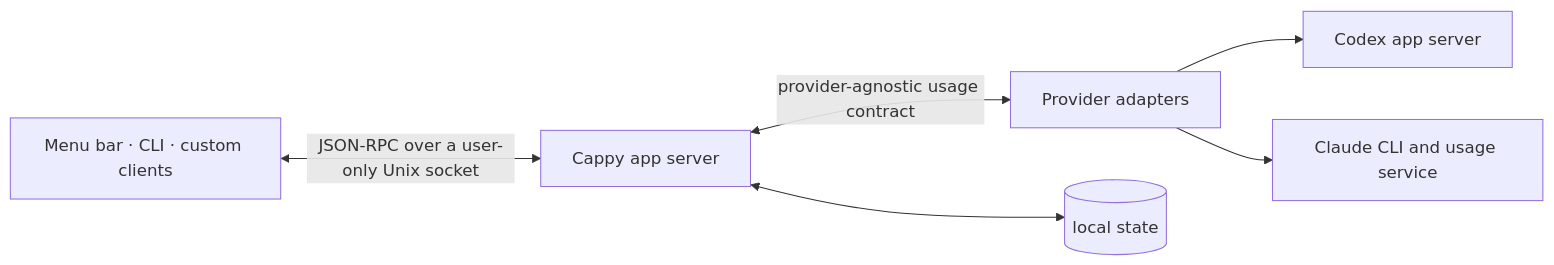
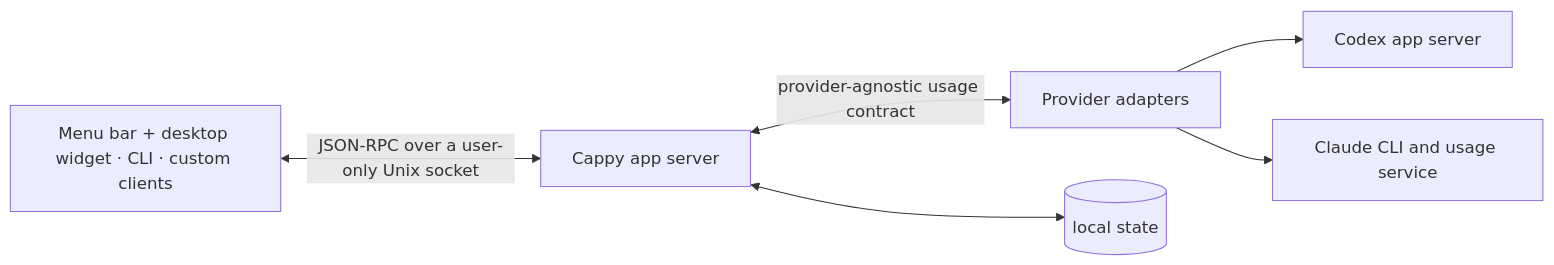
One commit to joetam/cappy changed the diagram in README.md. Above: the diagram before and after it, drawn with Mermaid. The commit also changed other lines of this file and 5 other files, not shown here.

Commit message:
Add detachable desktop usage widget

````diff
--- a/README.md
+++ b/README.md
@@ -69,8 +75,8 @@
 ```mermaid
 flowchart LR
-    UI["Menu bar · CLI · custom clients"] <-->|"JSON-RPC over a user-only Unix socket"| SERVER["Cappy app server"]
+    UI["Menu bar + desktop widget · CLI · custom clients"] <-->|"JSON-RPC over a user-only Unix socket"| SERVER["Cappy app server"]
     SERVER <-->|"provider-agnostic usage contract"| ADAPTERS["Provider adapters"]
     ADAPTERS --> CODEX["Codex app server"]
     ADAPTERS --> CLAUDE["Claude CLI and usage service"]
     SERVER <--> STATE[("local state")]
 ```
````
